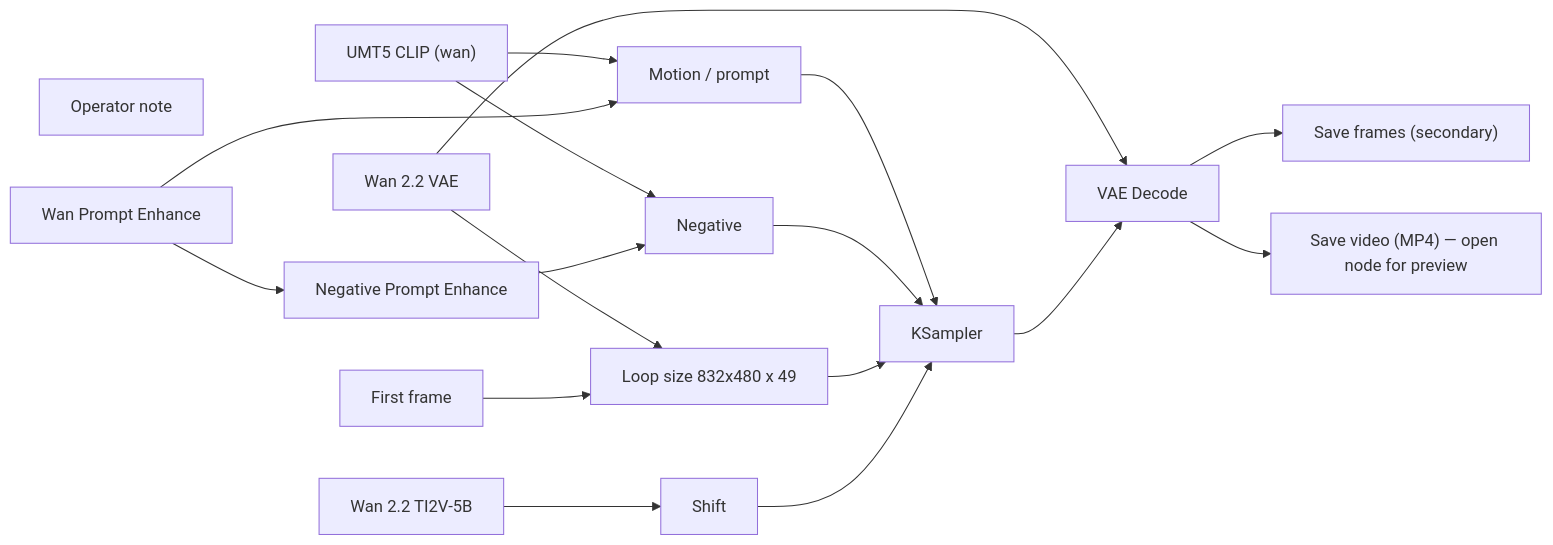
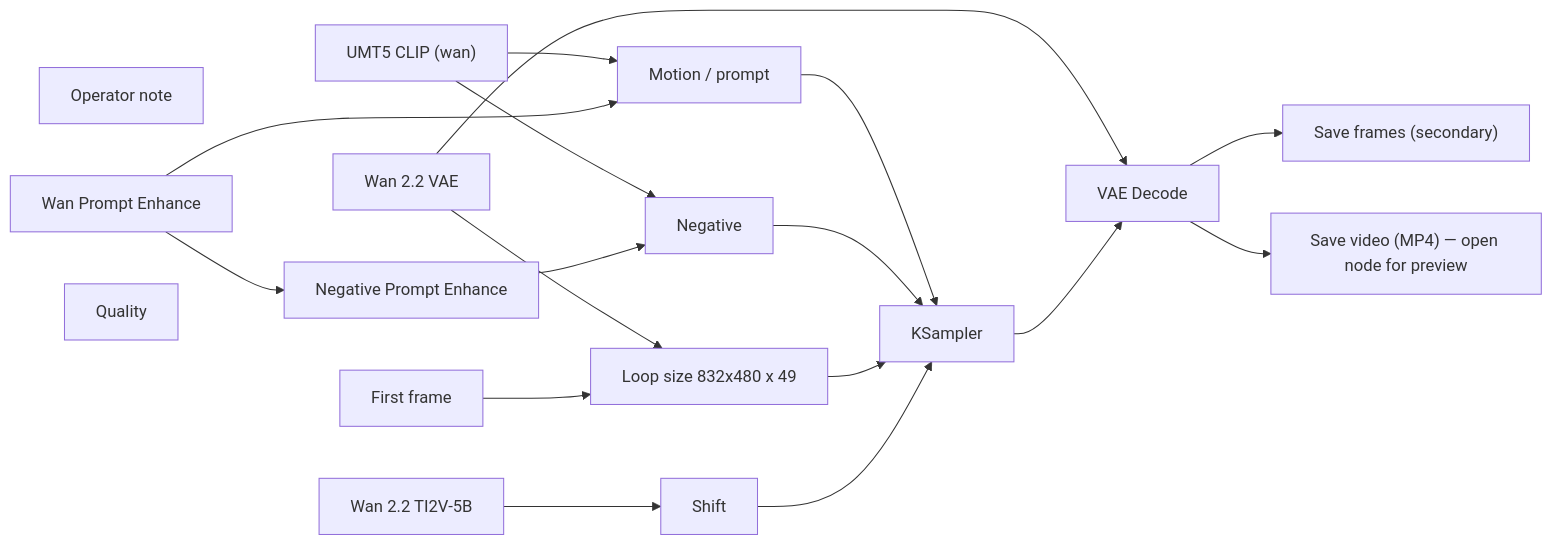
The diagram in docs/generated/workflows/wan/creator/candle-loop.md (toxicoder/ez-comfy-stack), drawn with Mermaid before and after one commit. The commit also changed other lines of this file and 644 other files, not shown here.

````diff
--- a/docs/generated/workflows/wan/creator/candle-loop.md
+++ b/docs/generated/workflows/wan/creator/candle-loop.md
@@ -51,34 +51,35 @@
 ```mermaid
 flowchart LR
   N1["Wan 2.2 TI2V-5B"]
   N2["UMT5 CLIP (wan)"]
   N3["Wan 2.2 VAE"]
   N4["First frame"]
   N6["Motion / prompt"]
   N7["Negative"]
   N8["Loop size 832x480 x 49"]
   N9["Shift"]
   N10["KSampler"]
   N11["VAE Decode"]
   N12["Save frames (secondary)"]
   N13["Save video (MP4) — open node for preview"]
   N14["Operator note"]
   N15["Wan Prompt Enhance"]
   N16["Negative Prompt Enhance"]
+  N17["Quality"]
   N1 --> N9
   N2 --> N6
   N2 --> N7
   N3 --> N8
   N3 --> N11
   N4 --> N8
   N6 --> N10
   N7 --> N10
   N8 --> N10
   N9 --> N10
   N10 --> N11
   N11 --> N12
   N11 --> N13
   N15 --> N6
   N15 --> N16
   N16 --> N7
 ```
````
